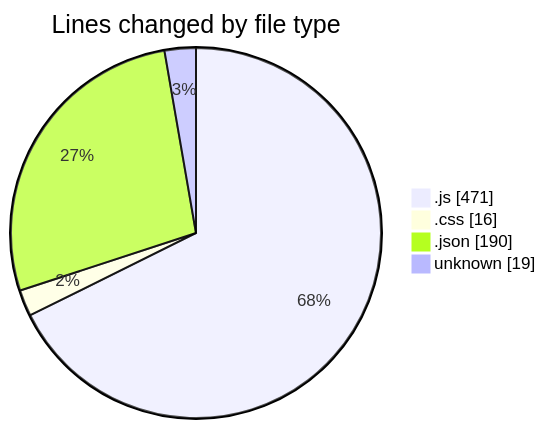
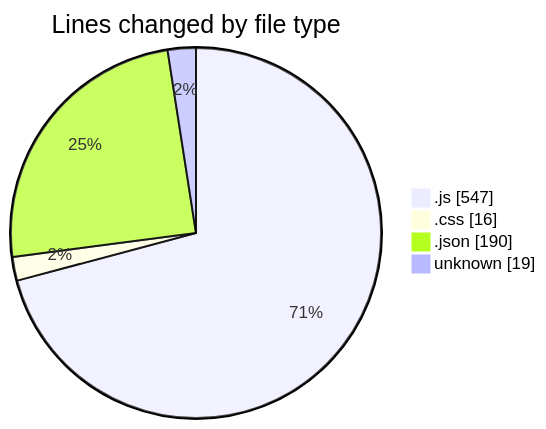
Before and after one commit to lephambinh05/code-tracking: the first of 2 diagrams in 2025-09-17/quytuthien_vn/README.md, drawn with Mermaid. The commit also changed other lines of this file and 1 other file, not shown here.

````diff
--- a/2025-09-17/quytuthien_vn/README.md
+++ b/2025-09-17/quytuthien_vn/README.md
@@ -38,8 +43,8 @@
 ```mermaid
 pie showData
 title Lines changed by file type
-".js" : 471
+".js" : 547
 ".css" : 16
 ".json" : 190
 "unknown" : 19
 ```
````
